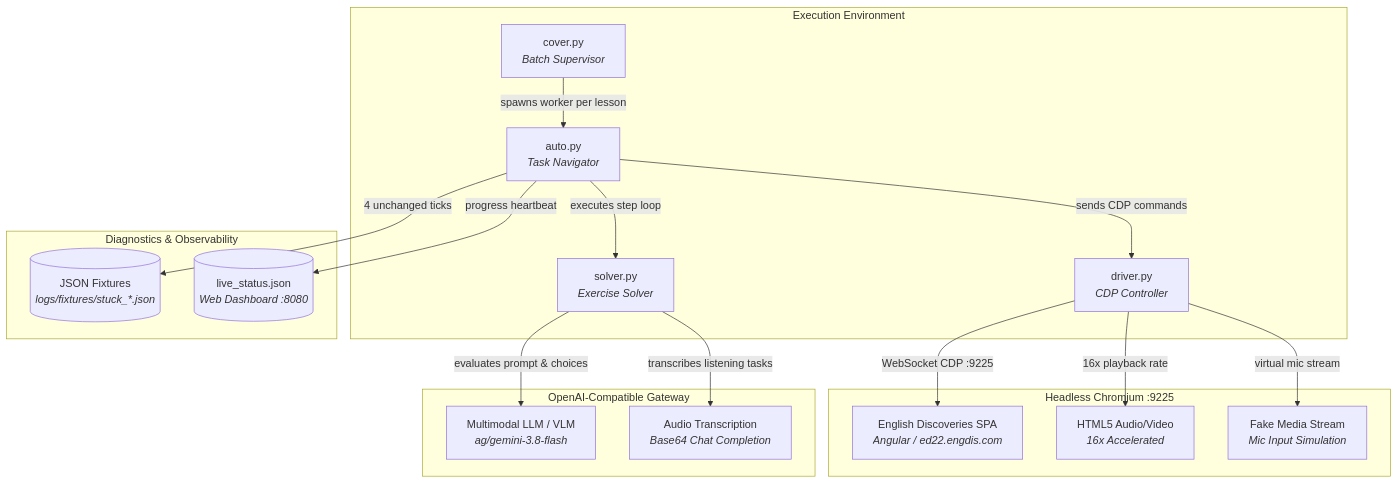
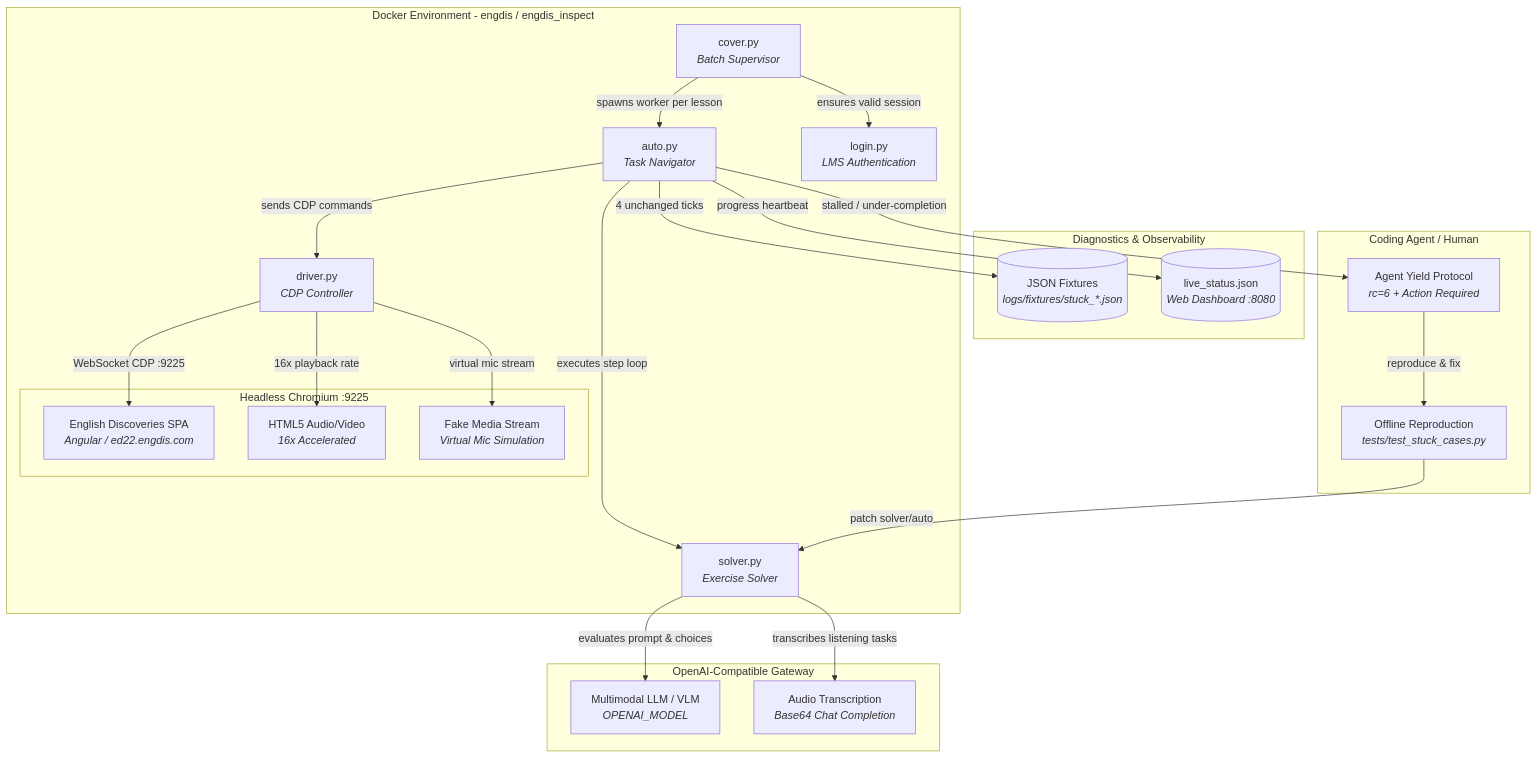
Before and after one commit to TraiNguyenVan/engdis-autopilot: the diagram in README.md, drawn with Mermaid. The commit also changed other lines of this file, not shown here.

Commit message:
docs: update Mermaid architecture diagram, project features, and tree in README.md

````diff
--- a/README.md
+++ b/README.md
@@ -65,36 +65,46 @@
 ```mermaid
 flowchart TD
-    subgraph Host_or_Container [Execution Environment]
+    subgraph Container [Docker Environment - engdis / engdis_inspect]
         Supervisor[cover.py<br/><i>Batch Supervisor</i>]
         Runner[auto.py<br/><i>Task Navigator</i>]
         Solver[solver.py<br/><i>Exercise Solver</i>]
         Driver[driver.py<br/><i>CDP Controller</i>]
-    end
+        Login[login.py<br/><i>LMS Authentication</i>]
 
-    subgraph Browser [Headless Chromium :9225]
-        LMS[English Discoveries SPA<br/><i>Angular / ed22.engdis.com</i>]
-        Media[HTML5 Audio/Video<br/><i>16x Accelerated</i>]
-        FakeAudio[Fake Media Stream<br/><i>Mic Input Simulation</i>]
+        subgraph Browser [Headless Chromium :9225]
+            LMS[English Discoveries SPA<br/><i>Angular / ed22.engdis.com</i>]
+            Media[HTML5 Audio/Video<br/><i>16x Accelerated</i>]
+            FakeAudio[Fake Media Stream<br/><i>Virtual Mic Simulation</i>]
+        end
     end
 
     subgraph LLM_Gateway [OpenAI-Compatible Gateway]
-        LLM[Multimodal LLM / VLM<br/><i>ag/gemini-3.8-flash</i>]
+        LLM[Multimodal LLM / VLM<br/><i>OPENAI_MODEL</i>]
         ASR[Audio Transcription<br/><i>Base64 Chat Completion</i>]
     end
 
     subgraph Diagnostics [Diagnostics & Observability]
         Fixtures[(JSON Fixtures<br/><i>logs/fixtures/stuck_*.json</i>)]
         Status[(live_status.json<br/><i>Web Dashboard :8080</i>)]
     end
 
+    subgraph Agent [Coding Agent / Human]
+        Yield[Agent Yield Protocol<br/><i>rc=6 + Action Required</i>]
+        Patch[Offline Reproduction<br/><i>tests/test_stuck_cases.py</i>]
+    end
+
     Supervisor -->|spawns worker per lesson| Runner
+    Supervisor -->|ensures valid session| Login
     Runner -->|executes step loop| Solver
     Solver -->|evaluates prompt & choices| LLM
     Solver -->|transcribes listening tasks| ASR
     Runner -->|sends CDP commands| Driver
     Driver -->|WebSocket CDP :9225| LMS
     Driver -->|16x playback rate| Media
     Driver -->|virtual mic stream| FakeAudio
     Runner -->|4 unchanged ticks| Fixtures
     Runner -->|progress heartbeat| Status
+    Runner -->|stalled / under-completion| Yield
+    Yield -->|reproduce & fix| Patch
+    Patch -->|patch solver/auto| Solver
 ```
````
